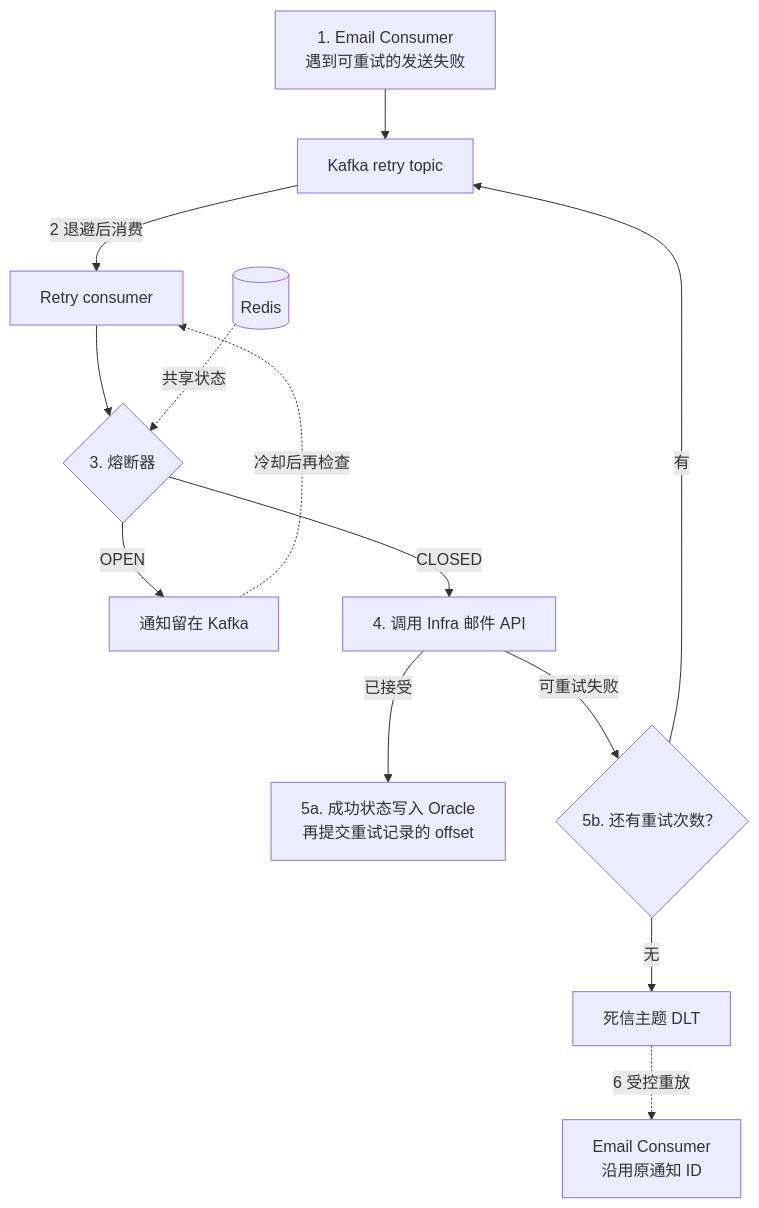
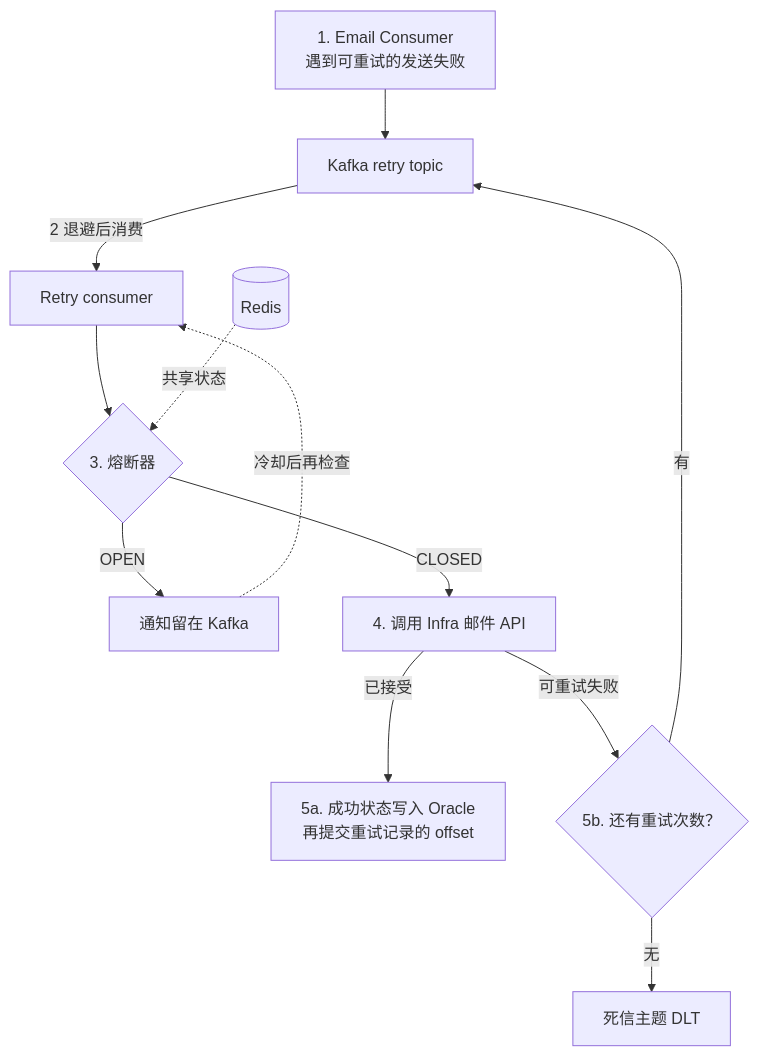
Before and after one commit to ChrisZZhong/zhichengzhong: the third of 3 diagrams in _posts/Interviews/2026-11-17-MadisonDavisProjectInterview.md, drawn with Mermaid. The commit also changed other lines of this file and 1 other file, not shown here.

````diff
--- a/_posts/Interviews/2026-11-17-MadisonDavisProjectInterview.md
+++ b/_posts/Interviews/2026-11-17-MadisonDavisProjectInterview.md
@@ -86,15 +86,14 @@
 ```mermaid
 flowchart TD
     first["1. Email Consumer<br/>遇到可重试的发送失败"] --> retry["Kafka retry topic"]
     retry -->|2 退避后消费| rc["Retry consumer"]
     rc --> breaker{"3. 熔断器"}
     redis[("Redis")] -.->|共享状态| breaker
     breaker -->|OPEN| wait["通知留在 Kafka"]
     wait -.->|冷却后再检查| rc
     breaker -->|CLOSED| api["4. 调用 Infra 邮件 API"]
     api -->|已接受| success["5a. 成功状态写入 Oracle<br/>再提交重试记录的 offset"]
     api -->|可重试失败| budget{"5b. 还有重试次数？"}
     budget -->|有| retry
     budget -->|无| dlt["死信主题 DLT"]
-    dlt -.->|6 受控重放| replay["Email Consumer<br/>沿用原通知 ID"]
 ```
````
